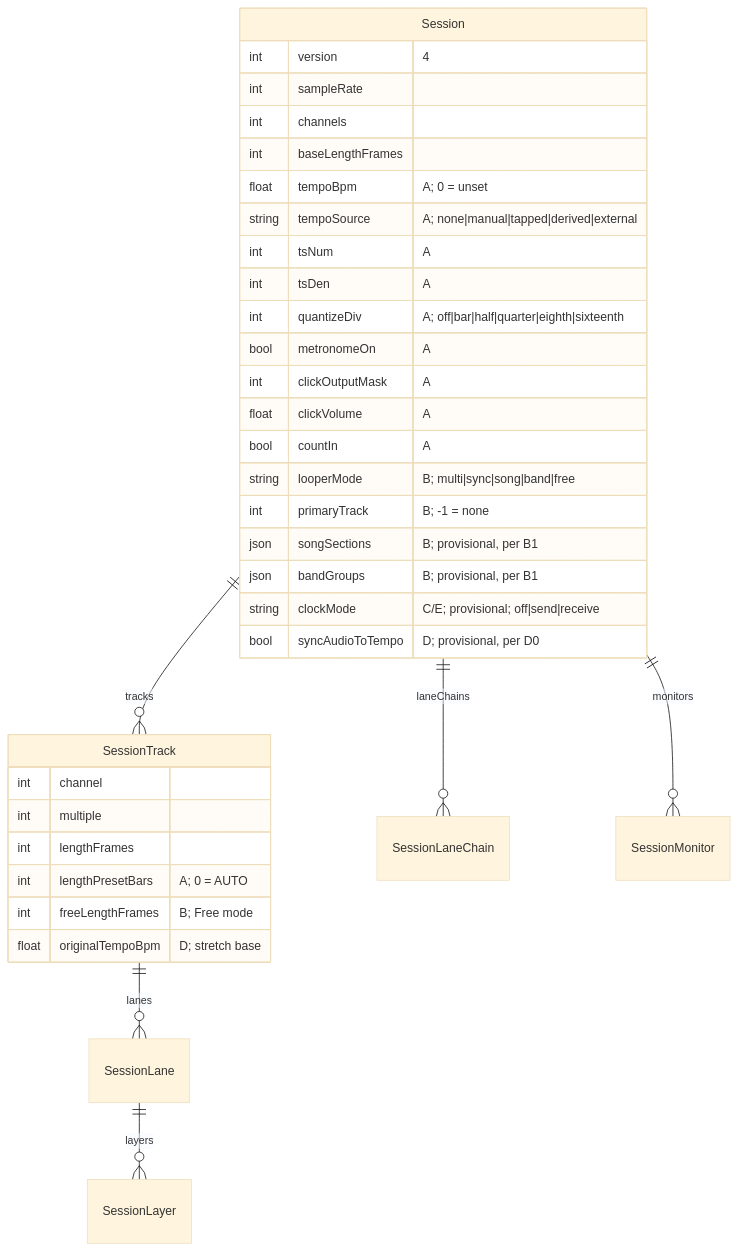
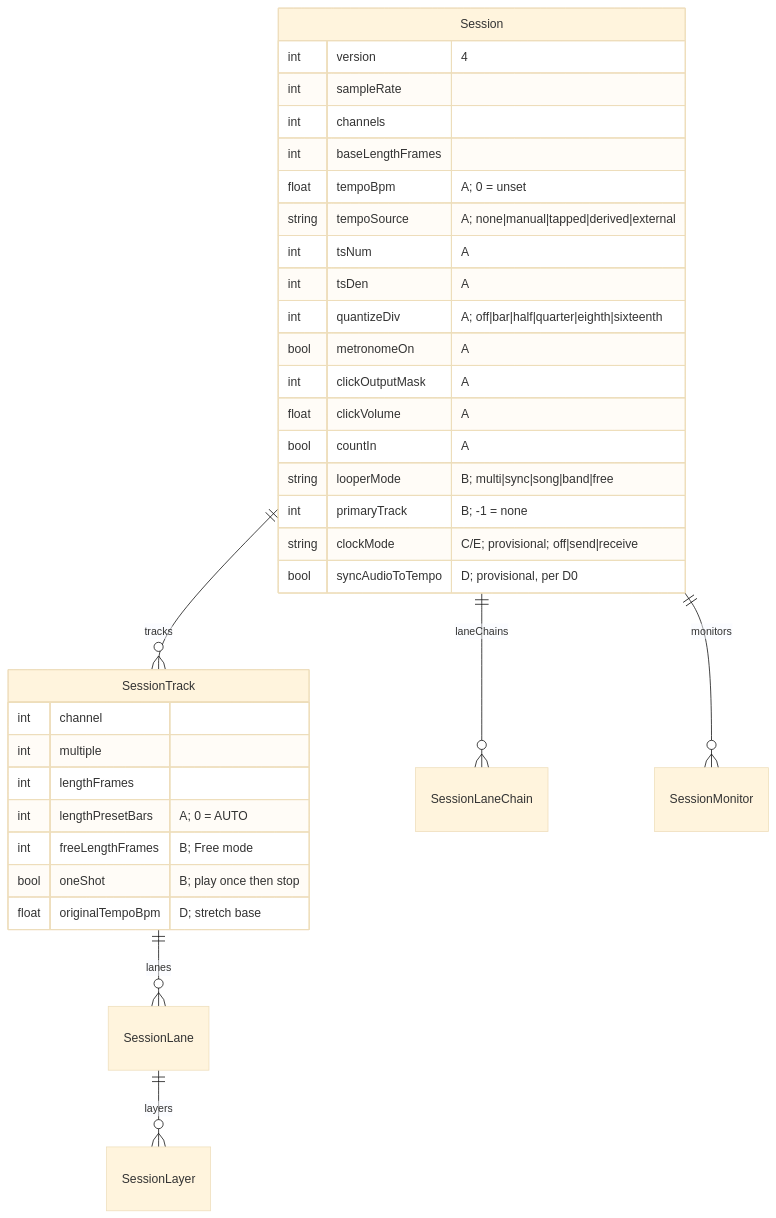
Before and after one commit to tomassasovsky/loopy: the diagram in docs/plan/2026-07-22-feat-tempo-aware-looper-modes-plan.md, drawn with Mermaid (base theme). The commit also changed other lines of this file and 6 other files, not shown here.

````diff
--- a/docs/plan/2026-07-22-feat-tempo-aware-looper-modes-plan.md
+++ b/docs/plan/2026-07-22-feat-tempo-aware-looper-modes-plan.md
@@ -204,37 +212,36 @@
 ```mermaid
 erDiagram
     Session ||--o{ SessionTrack : tracks
     Session ||--o{ SessionLaneChain : laneChains
     Session ||--o{ SessionMonitor : monitors
     SessionTrack ||--o{ SessionLane : lanes
     SessionLane ||--o{ SessionLayer : layers
     Session {
         int version "4"
         int sampleRate
         int channels
         int baseLengthFrames
         float tempoBpm "A; 0 = unset"
         string tempoSource "A; none|manual|tapped|derived|external"
         int tsNum "A"
         int tsDen "A"
         int quantizeDiv "A; off|bar|half|quarter|eighth|sixteenth"
         bool metronomeOn "A"
         int clickOutputMask "A"
         float clickVolume "A"
         bool countIn "A"
         string looperMode "B; multi|sync|song|band|free"
         int primaryTrack "B; -1 = none"
-        json songSections "B; provisional, per B1"
-        json bandGroups "B; provisional, per B1"
         string clockMode "C/E; provisional; off|send|receive"
         bool syncAudioToTempo "D; provisional, per D0"
     }
     SessionTrack {
         int channel
         int multiple
         int lengthFrames
         int lengthPresetBars "A; 0 = AUTO"
         int freeLengthFrames "B; Free mode"
+        bool oneShot "B; play once then stop"
         float originalTempoBpm "D; stretch base"
     }
 ```
````
